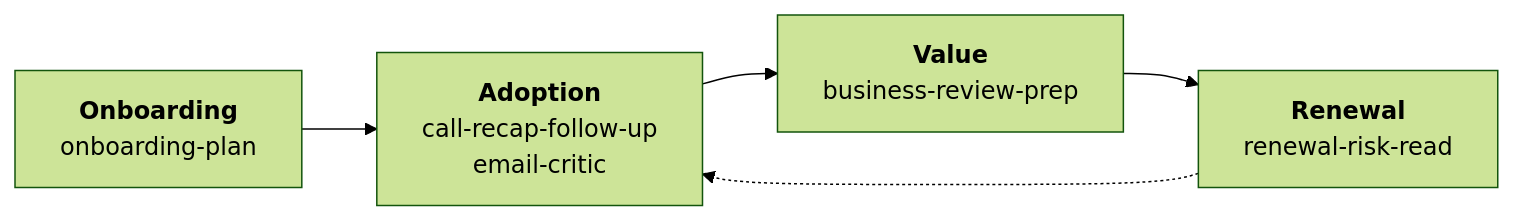
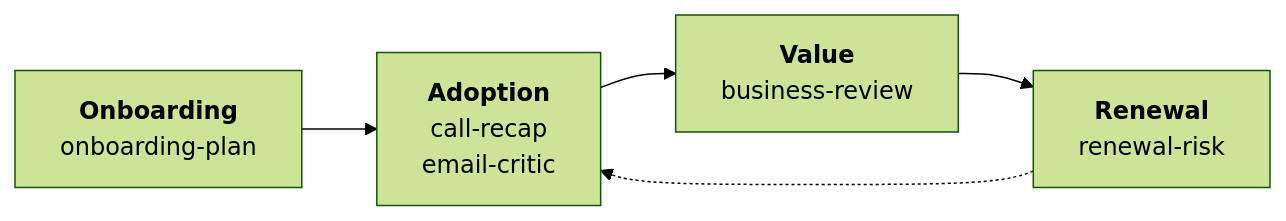
One commit to CSPulse/Skills changed the diagram in README.md. Above: the diagram before and after it, drawn with Mermaid (forest theme). The commit also changed other lines of this file and 11 other files, not shown here.

````diff
--- a/README.md
+++ b/README.md
@@ -15,6 +15,6 @@
 ```mermaid
 flowchart LR
-    A["<b>Onboarding</b><br/>onboarding-plan"] --> B["<b>Adoption</b><br/>call-recap-follow-up<br/>email-critic"]
-    B --> C["<b>Value</b><br/>business-review-prep"] --> D["<b>Renewal</b><br/>renewal-risk-read"]
+    A["<b>Onboarding</b><br/>onboarding-plan"] --> B["<b>Adoption</b><br/>call-recap<br/>email-critic"]
+    B --> C["<b>Value</b><br/>business-review"] --> D["<b>Renewal</b><br/>renewal-risk"]
     D -.-> B
 ```
````
